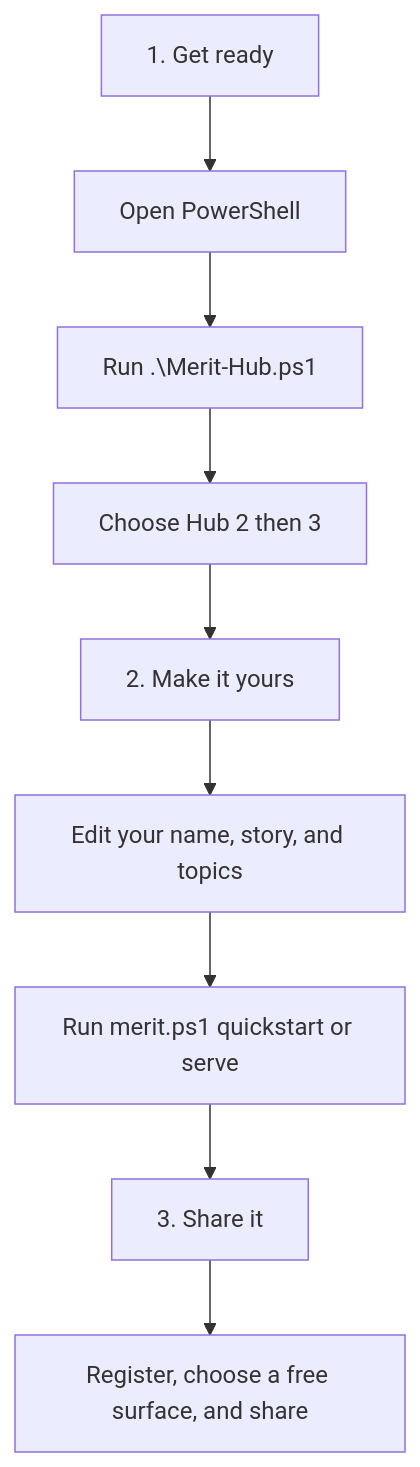
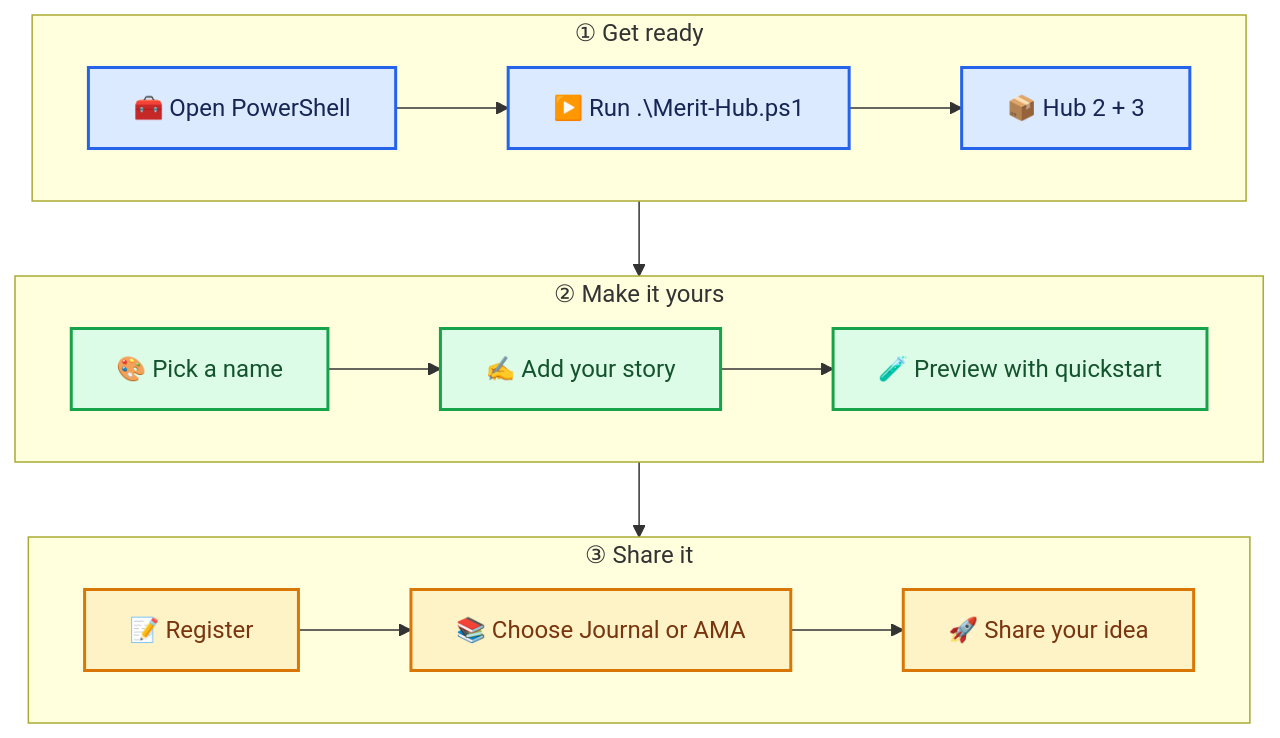
The diagram in docs/howto/launch-over-dinner.md (AgentDraven/merit-agent-skills), drawn with Mermaid before and after one commit. The commit also changed 5 other files, not shown here.

````diff
--- a/docs/howto/launch-over-dinner.md
+++ b/docs/howto/launch-over-dinner.md
@@ -23,11 +23,20 @@
 ```mermaid
-flowchart TD
-    S1[1. Get ready] --> A[Open PowerShell]
-    A --> B[Run .\Merit-Hub.ps1]
-    B --> C[Choose Hub 2 then 3]
-    C --> S2[2. Make it yours]
-    S2 --> D[Edit your name, story, and topics]
-    D --> E[Run merit.ps1 quickstart or serve]
-    E --> S3[3. Share it]
-    S3 --> F[Register, choose a free surface, and share]
+flowchart TB
+    classDef one fill:#dbeafe,color:#172554,stroke:#2563eb,stroke-width:2px
+    classDef two fill:#dcfce7,color:#14532d,stroke:#16a34a,stroke-width:2px
+    classDef three fill:#fef3c7,color:#78350f,stroke:#d97706,stroke-width:2px
+    subgraph STEP1[① Get ready]
+      direction LR
+      A1[🧰 Open PowerShell]:::one --> A2[▶️ Run .\Merit-Hub.ps1]:::one --> A3[📦 Hub 2 + 3]:::one
+    end
+    subgraph STEP2[② Make it yours]
+      direction LR
+      B1[🎨 Pick a name]:::two --> B2[✍️ Add your story]:::two --> B3[🧪 Preview with quickstart]:::two
+    end
+    subgraph STEP3[③ Share it]
+      direction LR
+      C1[📝 Register]:::three --> C2[📚 Choose Journal or AMA]:::three --> C3[🚀 Share your idea]:::three
+    end
+    A3 --> B1
+    B3 --> C1
 ```
````
